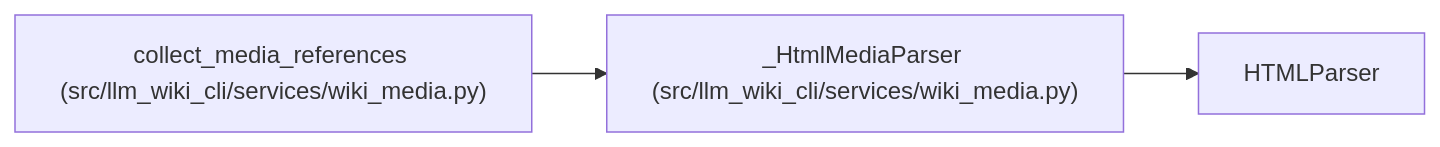
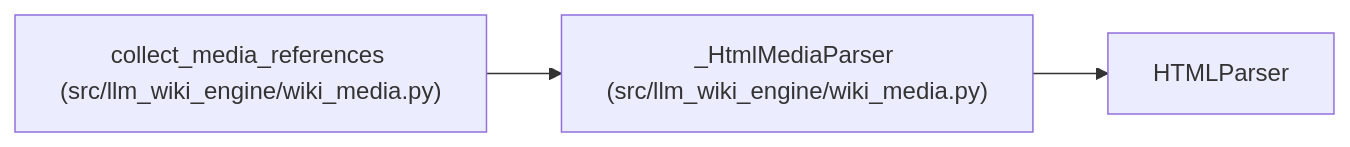
The diagram in docs/llm_wiki/entities/HtmlMediaParser.md (Denissvgn/python-wiki-llm), drawn with Mermaid before and after one commit. The commit also changed other lines of this file and 1103 other files, not shown here.

First line of the commit message:
docs: refresh the wiki for the llm-wiki-engine distribution

````diff
--- a/docs/llm_wiki/entities/HtmlMediaParser.md
+++ b/docs/llm_wiki/entities/HtmlMediaParser.md
@@ -26,10 +26,10 @@
 ```mermaid
 flowchart LR
-    n0["_HtmlMediaParser (src/llm_wiki_cli/services/wiki_media.py)"]
+    n0["_HtmlMediaParser (src/llm_wiki_engine/wiki_media.py)"]
     n1["HTMLParser"]
-    n2["collect_media_references (src/llm_wiki_cli/services/wiki_media.py)"]
+    n2["collect_media_references (src/llm_wiki_engine/wiki_media.py)"]
     n0 --> n1
     n2 --> n0
     click n0 "../modules/wiki_media.md"
     click n2 "../modules/wiki_media.md"
 ```
````
